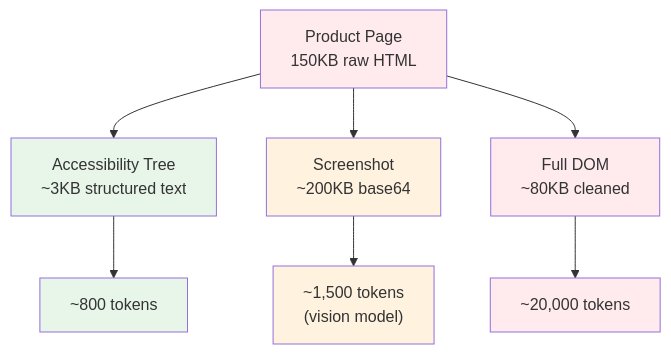
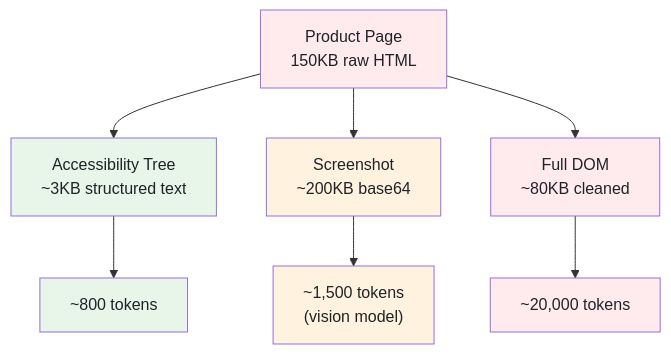
The third of 4 diagrams in _posts/2026-02-19-puppeteer-mcp-vs-playwright-mcp-model-context-protocol-browsers.md (bytetunnels/bytetunnels.github.com), drawn with Mermaid before and after one commit. The commit also changed other lines of this file and 118 other files, not shown here.

Commit message:
feat: improve diagram styling and compact wide flowcharts

````diff
--- a/_posts/2026-02-19-puppeteer-mcp-vs-playwright-mcp-model-context-protocol-browsers.md
+++ b/_posts/2026-02-19-puppeteer-mcp-vs-playwright-mcp-model-context-protocol-browsers.md
@@ -215,18 +215,18 @@
 ```mermaid
 graph TD
     A["Product Page<br>150KB raw HTML"] --> B["Accessibility Tree<br>~3KB structured text"]
     A --> C["Screenshot<br>~200KB base64"]
     A --> D["Full DOM<br>~80KB cleaned"]
 
     B --> E["~800 tokens"]
     C --> F["~1,500 tokens<br>(vision model)"]
     D --> G["~20,000 tokens"]
 
-    style A fill:#ffebee
-    style B fill:#e8f5e9
-    style C fill:#fff3e0
-    style D fill:#ffebee
-    style E fill:#e8f5e9
-    style F fill:#fff3e0
-    style G fill:#ffebee
+    style A fill:#ffebee,color:#1f2328
+    style B fill:#e8f5e9,color:#1f2328
+    style C fill:#fff3e0,color:#1f2328
+    style D fill:#ffebee,color:#1f2328
+    style E fill:#e8f5e9,color:#1f2328
+    style F fill:#fff3e0,color:#1f2328
+    style G fill:#ffebee,color:#1f2328
 ```
````
